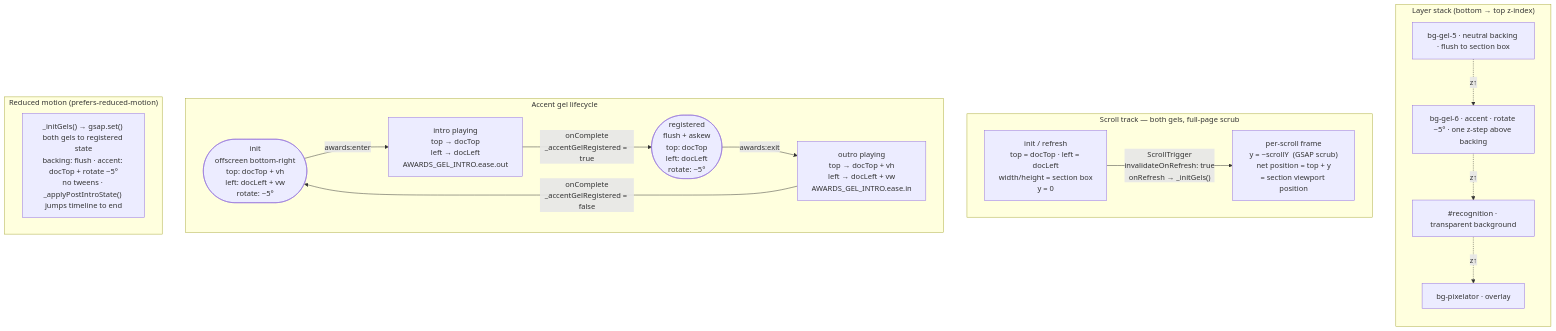
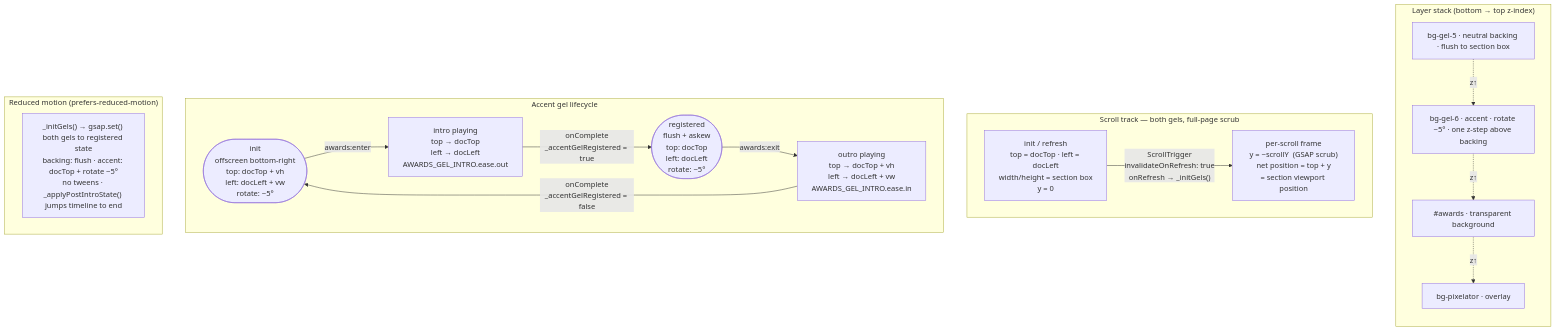
One commit to datainkio/portfolio-frontend changed the diagram in js/choreography/organisms/awards/AwardsAnimations.md. Above: the diagram before and after it, drawn with Mermaid. The commit also changed 11 other files, not shown here.

````diff
--- a/js/choreography/organisms/awards/AwardsAnimations.md
+++ b/js/choreography/organisms/awards/AwardsAnimations.md
@@ -19,35 +19,35 @@
 ```mermaid
 flowchart TB
 
     subgraph layers["Layer stack (bottom → top z-index)"]
         direction TB
         L1["bg-gel-5 · neutral backing · flush to section box"]
         L2["bg-gel-6 · accent · rotate −5° · one z-step above backing"]
-        L3["#recognition · transparent background"]
+        L3["#awards · transparent background"]
         L4["bg-pixelator · overlay"]
         L1 -.->|"z↑"| L2 -.->|"z↑"| L3 -.->|"z↑"| L4
     end
 
     subgraph track["Scroll track — both gels, full-page scrub"]
         direction LR
         T1["init / refresh\ntop = docTop · left = docLeft\nwidth/height = section box\ny = 0"]
         T2["per-scroll frame\ny = −scrollY  (GSAP scrub)\nnet position = top + y\n= section viewport position"]
         T1 -->|"ScrollTrigger\ninvalidateOnRefresh: true\nonRefresh → _initGels()"| T2
     end
 
     subgraph accent["Accent gel lifecycle"]
         direction LR
         A1(["init\noffscreen bottom-right\ntop: docTop + vh\nleft: docLeft + vw\nrotate: −5°"])
         A2["intro playing\ntop → docTop\nleft → docLeft\nAWARDS_GEL_INTRO.ease.out"]
         A3(["registered\nflush + askew\ntop: docTop\nleft: docLeft\nrotate: −5°"])
         A4["outro playing\ntop → docTop + vh\nleft → docLeft + vw\nAWARDS_GEL_INTRO.ease.in"]
         A1 -->|"awards:enter"| A2
         A2 -->|"onComplete\n_accentGelRegistered = true"| A3
         A3 -->|"awards:exit"| A4
         A4 -->|"onComplete\n_accentGelRegistered = false"| A1
     end
 
     subgraph rm["Reduced motion  (prefers-reduced-motion)"]
         R1["_initGels() → gsap.set() both gels to registered state\nbacking: flush · accent: docTop + rotate −5°\nno tweens · _applyPostIntroState() jumps timeline to end"]
     end
 ```
````
